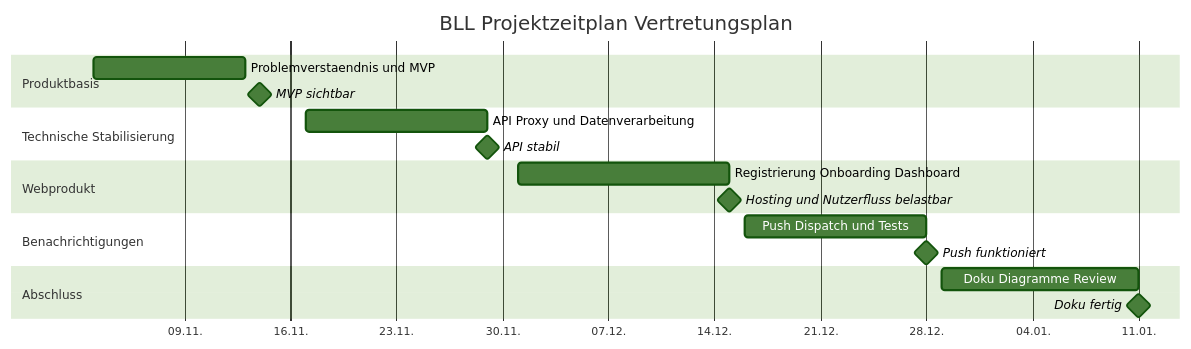
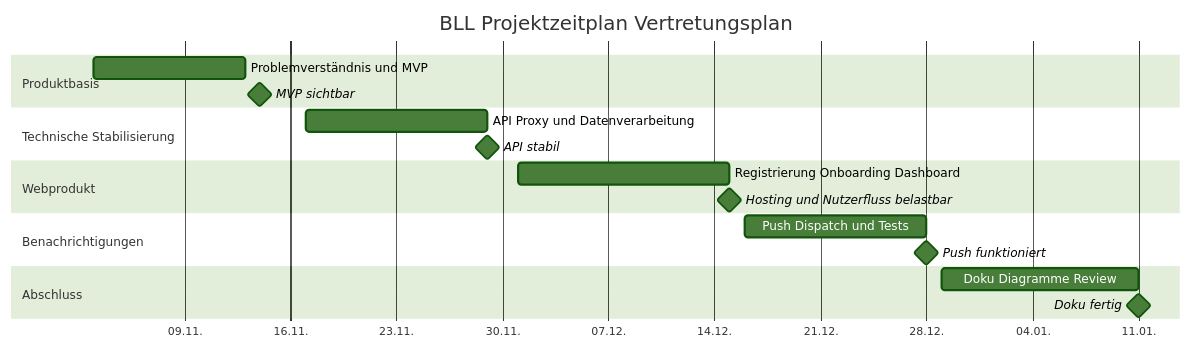
One commit to cancel-cloud/fds-vertretungsplan changed the first of 2 diagrams in docs/chapters/03a_projektmanagement_und_zeitplanung.rst. Above: the diagram before and after it, drawn with Mermaid (forest theme). The commit also changed other lines of this file and 19 other files, not shown here.

```diff
--- a/docs/chapters/03a_projektmanagement_und_zeitplanung.rst
+++ b/docs/chapters/03a_projektmanagement_und_zeitplanung.rst
@@ -46,26 +50,26 @@
 .. mermaid::
 
    gantt
        title BLL Projektzeitplan Vertretungsplan
        dateFormat  YYYY-MM-DD
        axisFormat  %d.%m.
 
        section Produktbasis
-       Problemverstaendnis und MVP             :a1, 2025-11-03, 10d
+       Problemverständnis und MVP             :a1, 2025-11-03, 10d
        MVP sichtbar                            :milestone, m1, 2025-11-14, 0d
 
        section Technische Stabilisierung
        API Proxy und Datenverarbeitung         :a2, 2025-11-17, 12d
        API stabil                              :milestone, m2, 2025-11-29, 0d
 
        section Webprodukt
        Registrierung Onboarding Dashboard      :a3, 2025-12-01, 14d
        Hosting und Nutzerfluss belastbar       :milestone, m3, 2025-12-15, 0d
 
        section Benachrichtigungen
        Push Dispatch und Tests                 :a4, 2025-12-16, 12d
        Push funktioniert                       :milestone, m4, 2025-12-28, 0d
 
        section Abschluss
        Doku Diagramme Review                   :a5, 2025-12-29, 13d
        Doku fertig                             :milestone, m5, 2026-01-11, 0d
```
